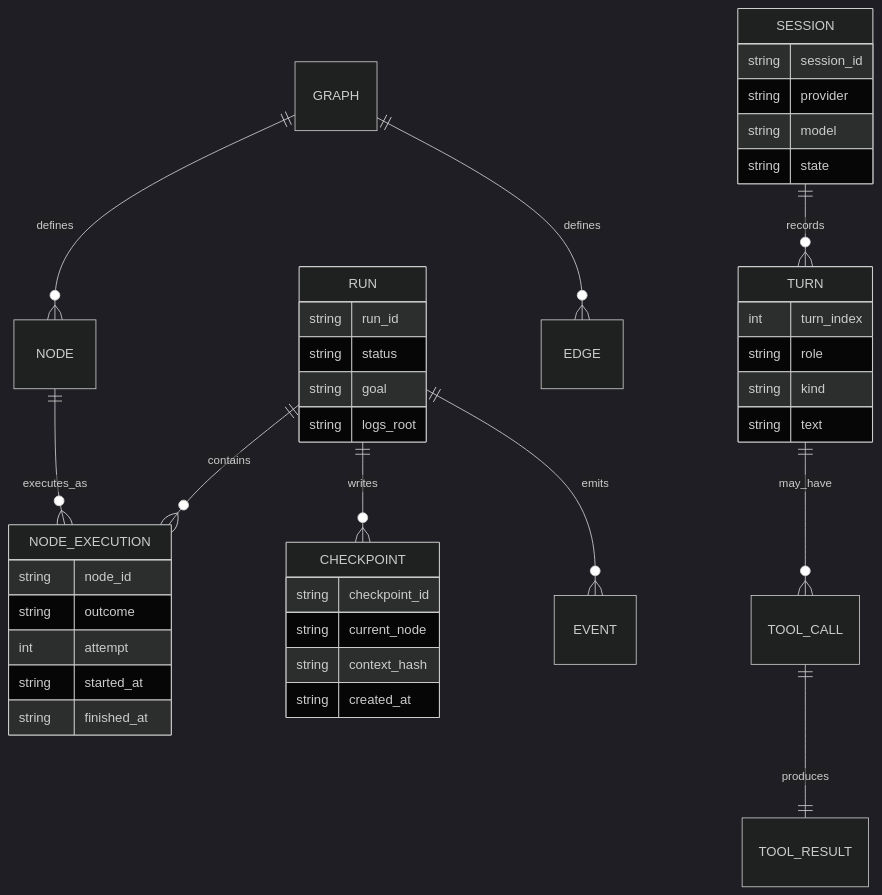
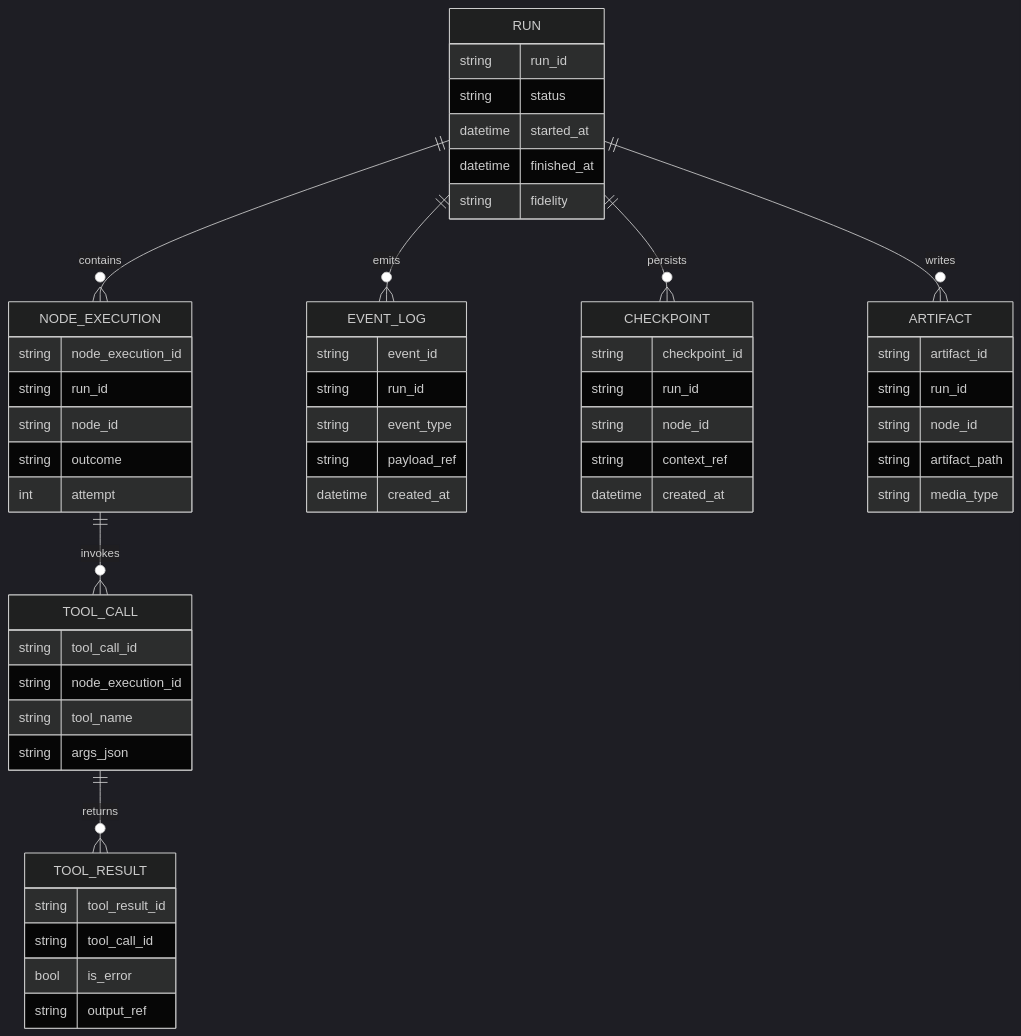
Before and after one commit to jaytaylor/attractor-php: the second of 5 diagrams in docs/sprints/SPRINT-001-comprehensive-implementation-plan.md, drawn with Mermaid (dark theme). The commit also changed other lines of this file, not shown here.

````diff
--- a/docs/sprints/SPRINT-001-comprehensive-implementation-plan.md
+++ b/docs/sprints/SPRINT-001-comprehensive-implementation-plan.md
@@ -544,44 +539,63 @@
 ```mermaid
 erDiagram
     RUN ||--o{ NODE_EXECUTION : contains
-    RUN ||--o{ CHECKPOINT : writes
-    RUN ||--o{ EVENT : emits
-    GRAPH ||--o{ NODE : defines
-    GRAPH ||--o{ EDGE : defines
-    NODE ||--o{ NODE_EXECUTION : executes_as
-    SESSION ||--o{ TURN : records
-    TURN ||--o{ TOOL_CALL : may_have
-    TOOL_CALL ||--|| TOOL_RESULT : produces
+    RUN ||--o{ EVENT_LOG : emits
+    RUN ||--o{ CHECKPOINT : persists
+    RUN ||--o{ ARTIFACT : writes
+    NODE_EXECUTION ||--o{ TOOL_CALL : invokes
+    TOOL_CALL ||--o{ TOOL_RESULT : returns
 
     RUN {
       string run_id
       string status
-      string goal
-      string logs_root
+      datetime started_at
+      datetime finished_at
+      string fidelity
     }
+
     NODE_EXECUTION {
+      string node_execution_id
+      string run_id
       string node_id
       string outcome
       int attempt
-      string started_at
-      string finished_at
     }
+
+    TOOL_CALL {
+      string tool_call_id
+      string node_execution_id
+      string tool_name
+      string args_json
+    }
+
+    TOOL_RESULT {
+      string tool_result_id
+      string tool_call_id
+      bool is_error
+      string output_ref
+    }
+
+    EVENT_LOG {
+      string event_id
+      string run_id
+      string event_type
+      string payload_ref
+      datetime created_at
+    }
+
     CHECKPOINT {
       string checkpoint_id
-      string current_node
-      string context_hash
-      string created_at
+      string run_id
+      string node_id
+      string context_ref
+      datetime created_at
     }
-    SESSION {
-      string session_id
-      string provider
-      string model
-      string state
-    }
-    TURN {
-      int turn_index
-      string role
-      string kind
-      string text
+
+    ARTIFACT {
+      string artifact_id
+      string run_id
+      string node_id
+      string artifact_path
+      string media_type
     }
 ```
````
